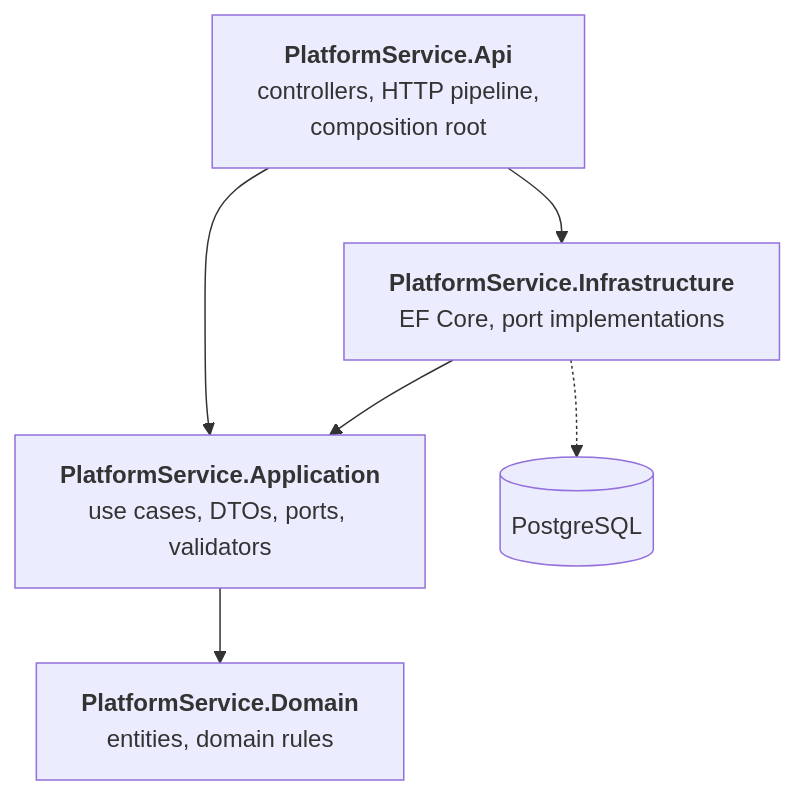
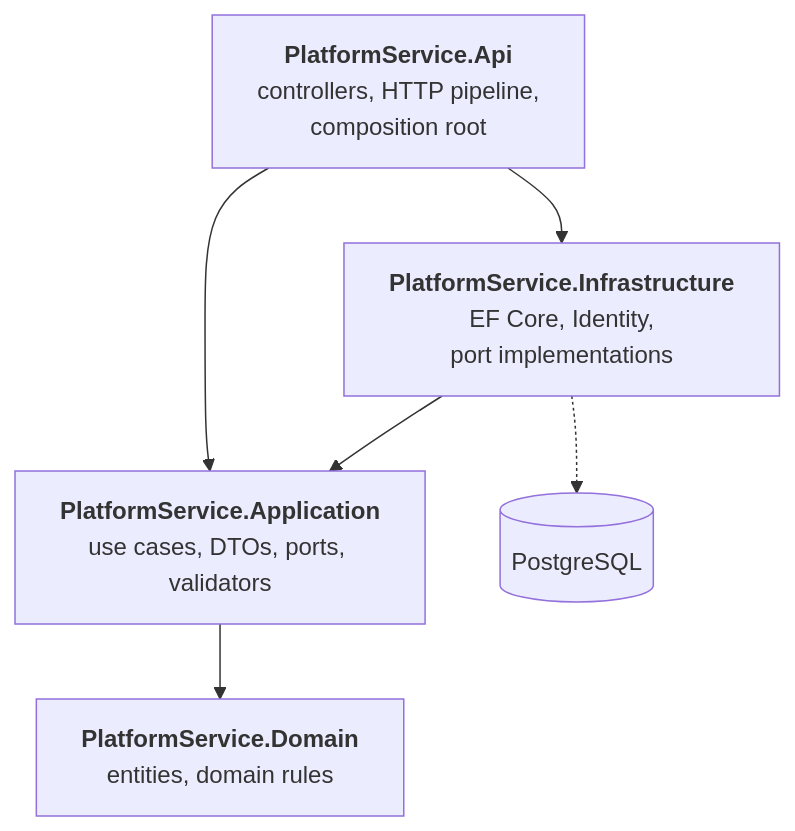
Before and after one commit to szoftarch-chess-platform/platform-service: the first of 4 diagrams in docs/architecture.md, drawn with Mermaid. The commit also changed 26 other files, not shown here.

````diff
--- a/docs/architecture.md
+++ b/docs/architecture.md
@@ -9,14 +9,14 @@
 ```mermaid
 flowchart TD
     Api["<b>PlatformService.Api</b><br/>controllers, HTTP pipeline,<br/>composition root"]
     App["<b>PlatformService.Application</b><br/>use cases, DTOs, ports, validators"]
     Dom["<b>PlatformService.Domain</b><br/>entities, domain rules"]
-    Infra["<b>PlatformService.Infrastructure</b><br/>EF Core, port implementations"]
+    Infra["<b>PlatformService.Infrastructure</b><br/>EF Core, Identity,<br/>port implementations"]
     Pg[("PostgreSQL")]
 
     Api --> App
     Api --> Infra
     Infra --> App
     App --> Dom
     Infra -.-> Pg
 ```
````
